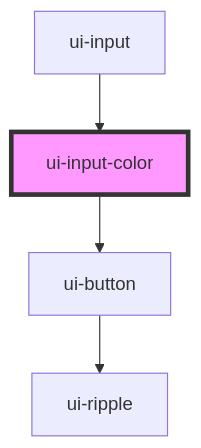
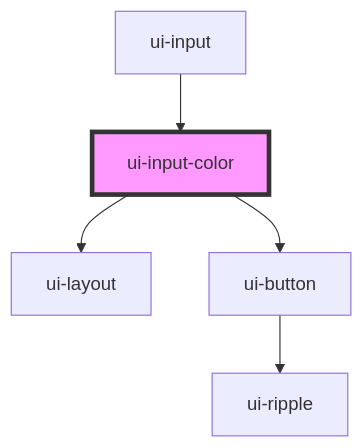
Before and after one commit to shahzad1970/psycho-ui: the diagram in src/components/ui-input/ui-input-color/readme.md, drawn with Mermaid. The commit also changed other lines of this file and 112 other files, not shown here.

````diff
--- a/src/components/ui-input/ui-input-color/readme.md
+++ b/src/components/ui-input/ui-input-color/readme.md
@@ -26,7 +27,8 @@
 ```mermaid
 graph TD;
+  ui-input-color --> ui-layout
   ui-input-color --> ui-button
   ui-button --> ui-ripple
   ui-input --> ui-input-color
   style ui-input-color fill:#f9f,stroke:#333,stroke-width:4px
 ```
````
